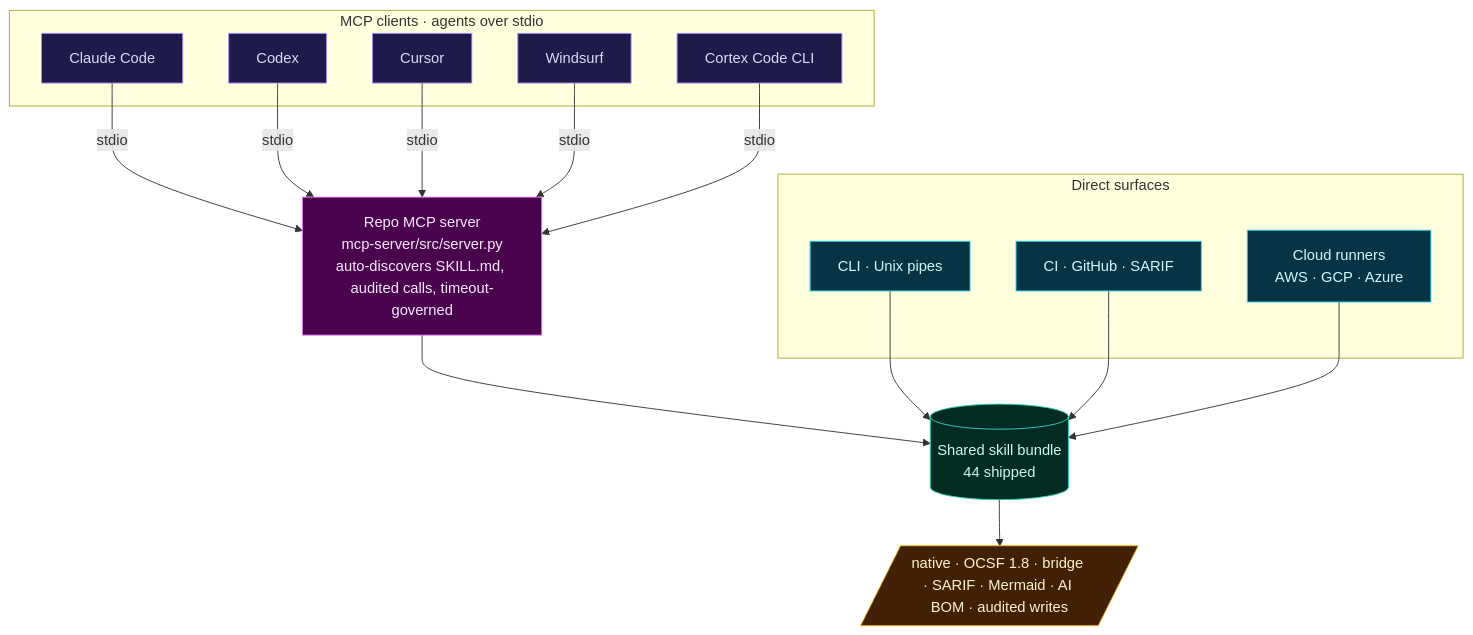
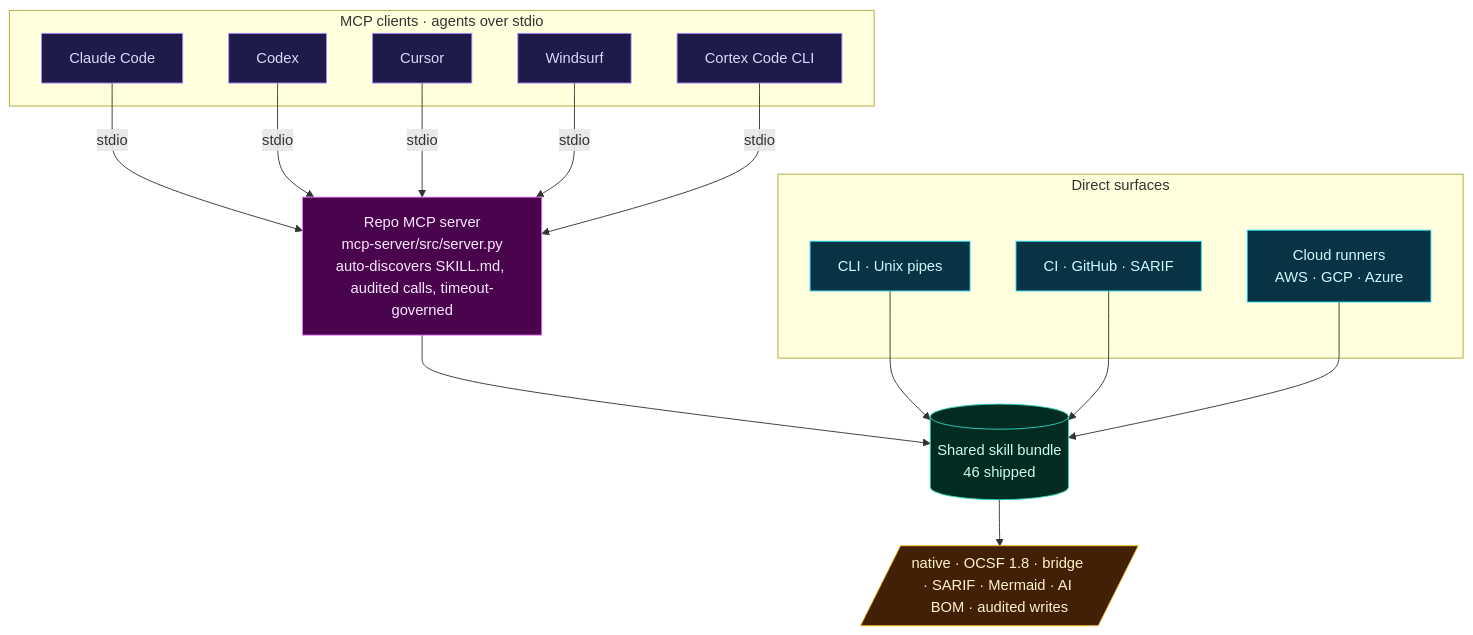
Before and after one commit to msaad00/cloud-ai-security-skills: the second of 2 diagrams in README.md, drawn with Mermaid. The commit also changed other lines of this file and 4 other files, not shown here.

````diff
--- a/README.md
+++ b/README.md
@@ -111,37 +111,37 @@
 ```mermaid
 flowchart TB
     classDef client fill:#1e1b4b,stroke:#a78bfa,color:#ddd6fe
     classDef direct fill:#083344,stroke:#22d3ee,color:#cffafe
     classDef mcp fill:#4a044e,stroke:#e879f9,color:#fae8ff
     classDef bundle fill:#022c22,stroke:#2dd4bf,color:#ccfbf1
     classDef output fill:#422006,stroke:#fbbf24,color:#fef3c7
 
     subgraph Clients["MCP clients · agents over stdio"]
         claude[Claude Code]:::client
         codex[Codex]:::client
         cursor[Cursor]:::client
         windsurf[Windsurf]:::client
         cortex[Cortex Code CLI]:::client
     end
 
     subgraph Direct["Direct surfaces"]
         cli[CLI · Unix pipes]:::direct
         ci[CI · GitHub · SARIF]:::direct
         runners["Cloud runners<br/>AWS · GCP · Azure"]:::direct
     end
 
     mcp["Repo MCP server<br/>mcp-server/src/server.py<br/>auto-discovers SKILL.md, audited calls, timeout-governed"]:::mcp
-    bundle[("Shared skill bundle<br/>44 shipped")]:::bundle
+    bundle[("Shared skill bundle<br/>46 shipped")]:::bundle
     outputs[/"native · OCSF 1.8 · bridge · SARIF · Mermaid · AI BOM · audited writes"/]:::output
 
     claude -->|stdio| mcp
     codex -->|stdio| mcp
     cursor -->|stdio| mcp
     windsurf -->|stdio| mcp
     cortex -->|stdio| mcp
     mcp --> bundle
     cli --> bundle
     ci --> bundle
     runners --> bundle
     bundle --> outputs
 ```
````
